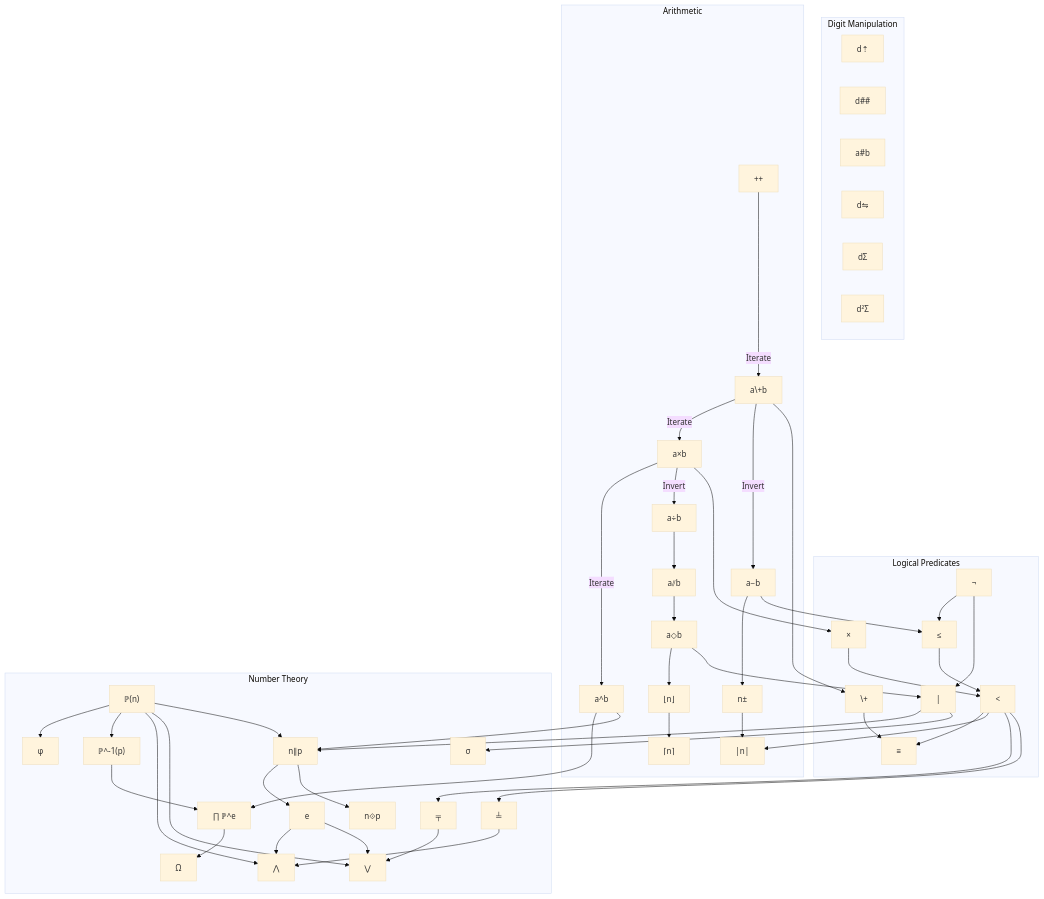
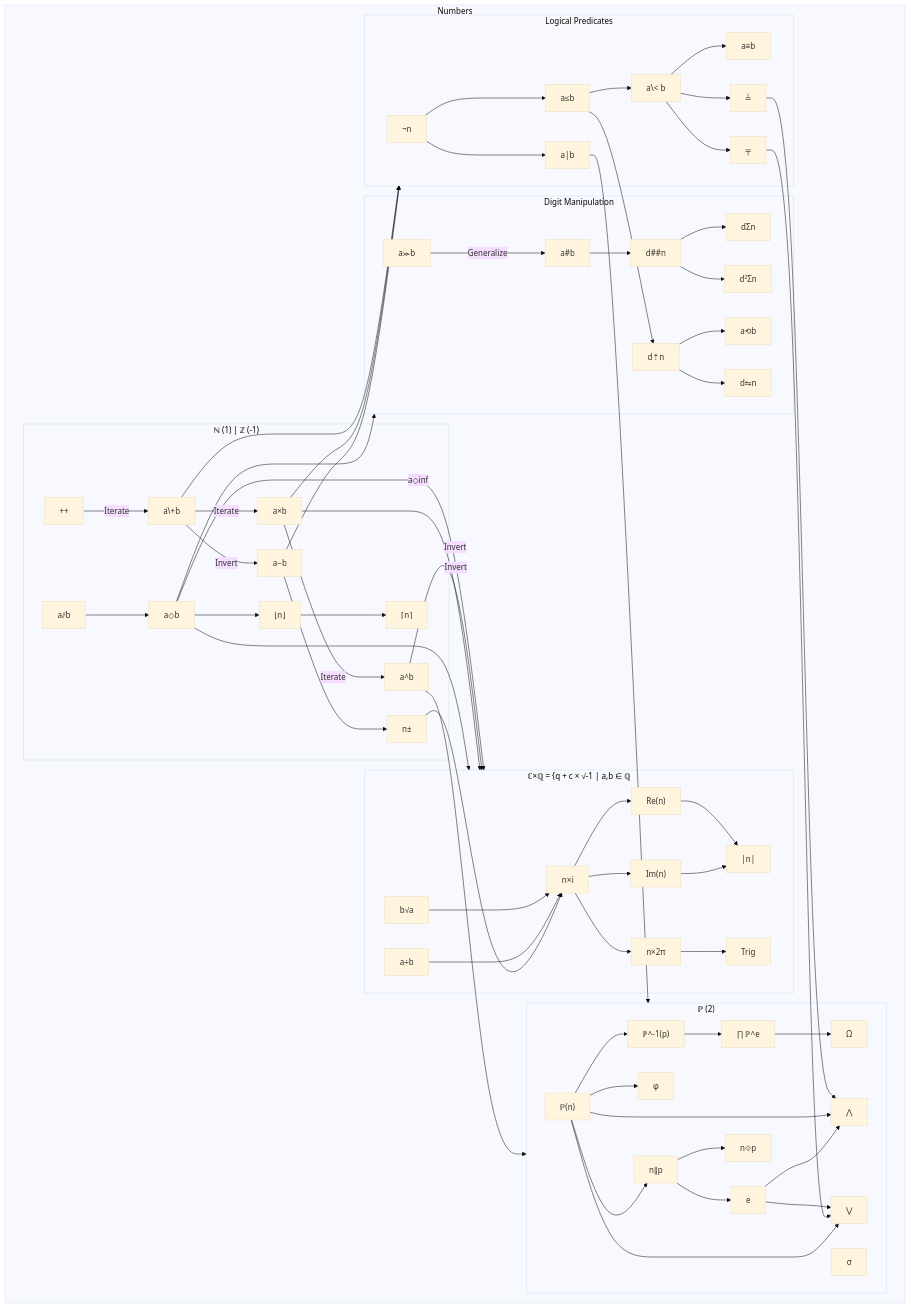
The diagram in docs/design_refs/dependency_map.mmd (Gammapod/AutoCalc), drawn with Mermaid (base theme) before and after one commit. The commit also changed other lines of this file and 10 other files, not shown here.

```diff
--- a/docs/design_refs/dependency_map.mmd
+++ b/docs/design_refs/dependency_map.mmd
@@ -1,146 +1,160 @@
+%% Truth 4: Keep
+
 flowchart TD
 
-%% subgraph Inputs ["Value Expression"]
-%%     Iim["i"]
-%%     Idigits["0-9"]
-%% end
-%% subgraph Utilities ["Utilities"]
-%%     Uc["C"]
-%%     Uce["CE"]
-%% end
-%% subgraph Expressable ["Expressable Values"]
-%%     NP["ℙ (2)"]
-%%     NN["ℕ (1)"]
-%%     NZ["ℤ (-1)"]
-%%     NQ["ℚ (1/2)"]
-%%     NA["𝔸 (√2)"]
-%%     NR["ℝ (π)"]
-%%     NC["ℂ (√-1)"]
-%%     NP --> NN --> NZ --> NQ --> NA --> NR --> NC
-%% end
+subgraph Numbers ["Numbers"]
 
-subgraph Digits ["Digit Manipulation"]
-    Dsort["d⇡"]
-    Dcount["d##"]
-    Ddigitn["a#b"]
-    Dmirror["d⇋"]
-    Ddigsum["dΣ"]
-    Ddigsq["d²Σ"]
+    subgraph Digits ["Digit Manipulation"]
+    %% Currently a dead-end; could lead to more complex cycles
+        Rdig["a⪼b"]
+        %% Primitive, takes last b digits of a (respects base setting)
+        %% Expanded form `[ a◇(10^b) ]`
+        Ddigitn["a#b"]
+        %% Expanded form `[ a⪼b - a⪼(b-1) ÷ 10^(b-1)) ]` <--- "10" changes respecting base
+        Ddigsum["dΣn"]
+        %% Expanded form `[ ..d#3 + d#2 + d#1 ] <--- as many entries as digits in operand (respecting current base)
+        Ddigsq["d²Σn"]
+        %% Expanded form `[ ..(d#2)^2 + (d#1)^2 ] <--- as many entries as digits in operand (respecting current base)
+        Dsort["d⇡n"]
+        Drotate["a⟲b"]
+        Dcount["d##n"]
+        Dmirror["d⇋n"]
+
+        Rdig -->|Generalize| Ddigitn
+        Ddigitn --> Dcount
+        Dcount --> Ddigsum
+        Dcount --> Ddigsq
+        Dsort --> Drotate
+        Dsort --> Dmirror
+    end
+
+    subgraph ComplexAlgebra ["ℂ×ℚ = {q + c × √-1 | a,b ∈ ℚ"]
+        Ri["n×i"]
+        %% Primitive
+        %% Expanded form `[ × √-1 ]`
+        Rradian["n×2π"]
+        Rimag["Im(n)"]
+        %% Returns the imaginary component (`b` from `a + b×i`) from part of n, 0 possible
+        Rreal["Re(n)"]
+        %% Returns the non-imaginary component (`a` from `a + b×i`) from part of n, 0 possible
+        Rmodulus["|n|"]
+        %% Expanded form `[ √(Im^2 + Re^2) ]`
+        Rdiv["a÷b"]
+        Rradical["b√a"]
+        %% Might need a better notation format
+
+        Ri --> Rimag --> Rmodulus
+        Ri --> Rreal --> Rmodulus
+        Ri --> Rradian --> Trig
+    end
+
+
+    subgraph Logic ["Logical Predicates"]
+        Lnot["¬n"]
+        %% Primitive
+        Llte["a≤b"]
+        %% Expanded form `[ ¬(a-b) ]
+        Llt["a\< b"]
+        %% Expanded form `[ (a≤b) × ¬(¬(a-b))]
+        Ldiv["a|b"]
+        %% Expanded form `[ ¬(a◇b) ]
+        Leq["a≡b"]
+        %% Expanded form `[ ¬((a<b) + (b<a)) ]
+        Umax["╧"]
+        %% Expanded form `[ ((a<b)×b) + ¬((a≤b)×a) ]`
+        Umin["╤"]  
+        %% Expanded form `[ ((a<b)×a) + ¬((a≤b)×b) ]`
+
+        Lnot --> Llte --> Llt
+        Lnot --> Ldiv
+        Llt --> Leq
+        Llt --> Umin
+        Llt --> Umax
+        Llte --> Dsort
+    end
+
+    subgraph Arithmetic ["ℕ (1) | ℤ (-1)"]
+        Ainc["++"]
+        %% Primitive
+        Aminus["a−b"]
+        Aplus["a\+b"]
+        Amul["a×b"]
+        Apow["a^b"]
+        Aneg["n±"]
+        Aeudiv["a⫽b"]
+        %% Primitive
+        Amod["a◇b"]
+        %% Expanded form `[ (a÷b) - (a⫽b) ]`
+        Afloor["⌊n⌋"]
+        %% Expanded form `[ a-a◇1 ]`
+        Aceil["⌈n⌉"]
+        %% Expanded form `[ ⌊n⌋++ ]`
+
+        Ainc -->|Iterate| Aplus
+        Aplus -->|Iterate| Amul
+        Amul -->|Iterate| Apow
+
+
+        Aplus -->|Invert| Aminus
+
+        Aminus --> Aneg
+        Afloor --> Aceil
+        Aeudiv --> Amod
+        Amod --> Afloor
+    end
+
+    subgraph Theory ["ℙ (2)"]
+    %% Has a lot of functions designed, but the way the user will interact with these is not planned yet
+        Tpadic["n∥p"]
+        %% Primitive
+        Tntop["ℙ(n)"]
+        %% Primitive
+        %% Returns nth prime. ℙ(3) = 5
+        Tpton["ℙ^-1(p)"]
+        %% Returns index of prime p. ℙ^-1(5) = 3
+        Texponent["e"]
+        Tprime_expansion["∏ ℙ^e"]
+        Tomega["Ω"]
+        %% Expanded form `[ Σe_p ]`
+        Ttotient["φ"]
+        %% Expanded form `[ n × ∏(1-p^-1) ]`
+        Tdivisor_sum["σ"]
+        %% Expanded form `[ Σ( (d|n) × d) ]`
+        Tgcd["⋀"]
+        %% Expanded form `[ ∏p^(e_a ╤ e_b) ]`
+        Tlcm["⋁"]
+        %% Expanded form `[ ∏p^(e_a ╧ e_b) ]`
+        Tres["n⟐p"]
+        %% %% Expanded form `n⟐p -> n/(p^(n∥p))`
+        %% %% Expanded form `60⟐2=15 -> 60/(2^2)=15`
+
+        Tntop --> Ttotient
+
+        Tntop --> Tpton
+        Tprime_expansion --> Tomega
+        Tpton --> Tprime_expansion
+        Texponent --> Tgcd
+        Tntop --> Tgcd
+        Umax --> Tgcd
+
+        Tntop --> Tlcm
+        Umin --> Tlcm
+        Texponent --> Tlcm
+        Tntop --> Tpadic --> Texponent
+        Tpadic --> Tres
+    end
+Amod --> Digits
+Aminus --> Logic
+Amul --> Logic
+Aplus --> Logic
+Ldiv --> Theory
+Apow --> Theory
+Amod --> ComplexAlgebra
+Aneg --> Ri
+Rdiv --> Ri
+Rradical --> Ri
+Amul -->|Invert| ComplexAlgebra
+Apow -->|Invert| ComplexAlgebra
+Amod -->|a◇inf| ComplexAlgebra
+%% It's conceptual, just go with it for now
 end
-
-subgraph Logic ["Logical Predicates"]
-    Lnot["¬"]
-    %% Expanded form `[ ≤ 0 ]`
-    Llte["≤"]
-    %% Expanded form `[ ¬(a-b) ]
-    Llt["<"]
-    %% Expanded form `[ (a≤b) × ¬(¬(a-b))]
-    Ldiv["|"]
-    %% Expanded form `[ ¬(a◇b) ]
-    Leq["≡"]
-    %% Expanded form `[ ¬((a<b) + (b<a)) ]
-    Land["×"]
-    Lor["\+"]
-    
-    Lnot --> Llte --> Llt
-    Lnot --> Ldiv
-    Land --> Llt --> Leq
-    Lor --> Leq
-end
-
-subgraph Arithmetic ["Arithmetic"]
-    Ainc["++"]
-    Aminus["a−b"]
-    Aplus["a\+b"]
-    Amul["a×b"]
-    Aneg["n±"]
-    Aabs["|n|"]
-    %% Expanded form `[ (¬(n) × ±n) + ((0<n) × n) ]`
-    Adiv["a÷b"]
-    Afloor["⌊n⌋"]
-    %% Expanded form `[ a-a◇1 ]`
-    Aeudiv["a⫽b"]
-    %% Expanded form `[ a÷b - FrAC ] `
-    Aceil["⌈n⌉"]
-    %% Expanded form `[ ⌊n⌋++ ]`
-    Apow["a^b"]
-    Amod["a◇b"]
-    %% Expanded form `[ (a÷b) - (a⫽b) ]`
-
-    Ainc -->|Iterate| Aplus
-    Aplus -->|Iterate| Amul
-    Amul -->|Iterate| Apow
-
-    Amod --> Afloor
-    Adiv --> Aeudiv
-    Aeudiv --> Amod
-    Afloor --> Aceil
-
-    Aplus -->|Invert| Aminus
-    Amul -->|Invert| Adiv
-
-    Aminus --> Aneg    
-    Aneg --> Aabs
-end
-
-subgraph Theory ["Number Theory"]
-    Tntop["ℙ(n)"]
-    %% Returns nth prime. ℙ(3) = 5
-    Tpton["ℙ^-1(p)"]
-    %% Returns index of prime p. ℙ^-1(5) = 3
-    Tpadic["n∥p"]
-    %% Expanded form `?`
-    Texponent["e"]
-    Tprime_expansion["∏ ℙ^e"]
-    Tomega["Ω"]
-    %% Expanded form `[ Σe_p ]`
-    Ttotient["φ"]
-    %% Expanded form `[ n × ∏(1-p^-1) ]`
-    Tdivisor_sum["σ"]
-    %% Expanded form `[ Σ( (d|n) × d) ]`
-    Tgcd["⋀"]
-    %% Expanded form `[ ∏p^(e_a ╤ e_b) ]`
-    Tlcm["⋁"]
-    %% Expanded form `[ ∏p^(e_a ╧ e_b) ]`
-    Tmax["╧"]
-    %% Expanded form `[ ((a<b)×b) + ¬((a≤b)×a) ]`
-    Tmin["╤"]  
-    %% Expanded form `[ ((a<b)×a) + ¬((a≤b)×b) ]`
-    Tres["n⟐p"]
-    %% %% Expanded form `n⟐p -> n/(p^(n∥p))`
-    %% %% Expanded form `60⟐2=15 -> 60/(2^2)=15`
-
-    Tntop --> Ttotient
-
-    Tntop --> Tpton --> Tprime_expansion --> Tomega
-
-    Tntop --> Tgcd
-    Texponent --> Tgcd
-    Tmax --> Tgcd
-
-    Tntop --> Tlcm
-    Texponent --> Tlcm
-    Tmin --> Tlcm
-    Tntop --> Tpadic --> Texponent
-    Tpadic --> Tres
-end
-
-Ldiv --> Tpadic
-Llt --> Aabs
-Amod --> Ldiv
-Apow --> Tprime_expansion
-Apow --> Tpadic
-Ldiv --> Tdivisor_sum
-Llt --> Tmin
-Llt --> Tmax
-Aminus --> Llte
-Amul --> Land
-Aplus --> Lor
-
-    %% 
-%% Idigits --> NN
-%% 
-%% Aneg --> NZ
-%% 
-%% Adiv --> NQ
-%% Iim --> NC
```
